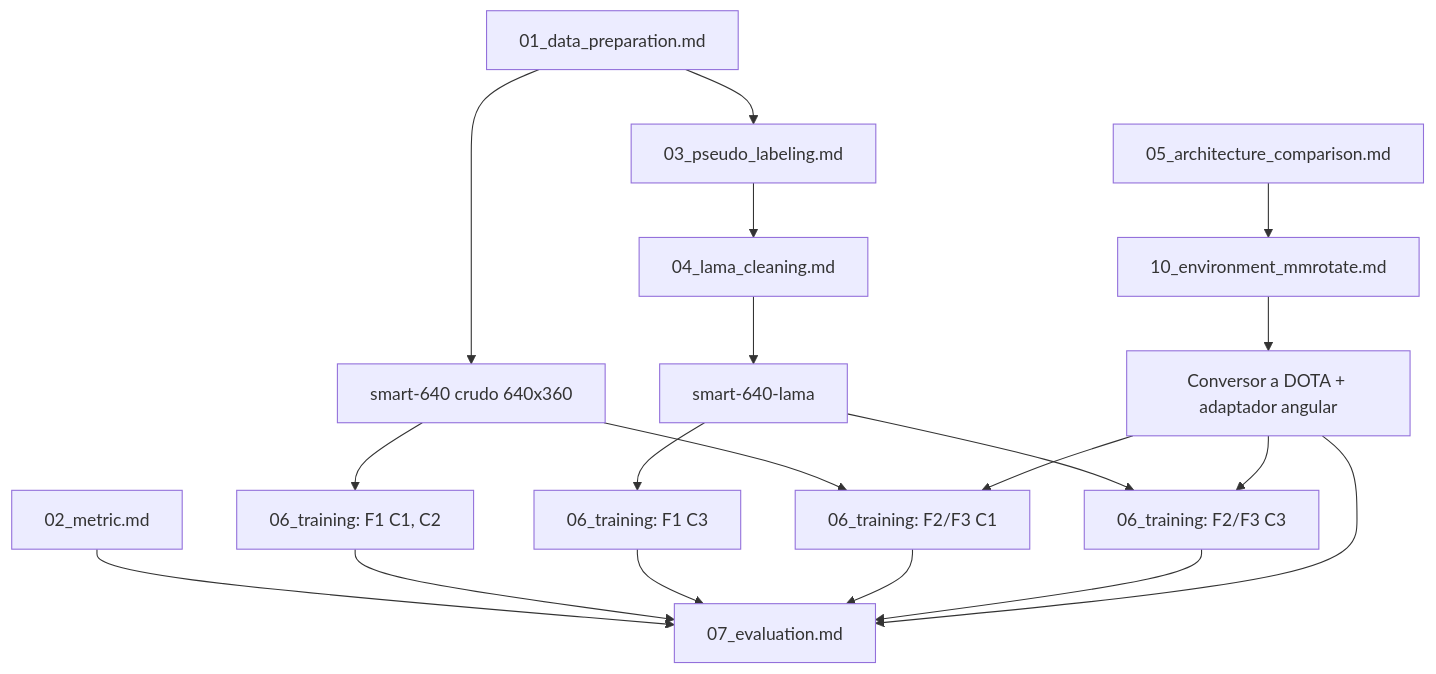
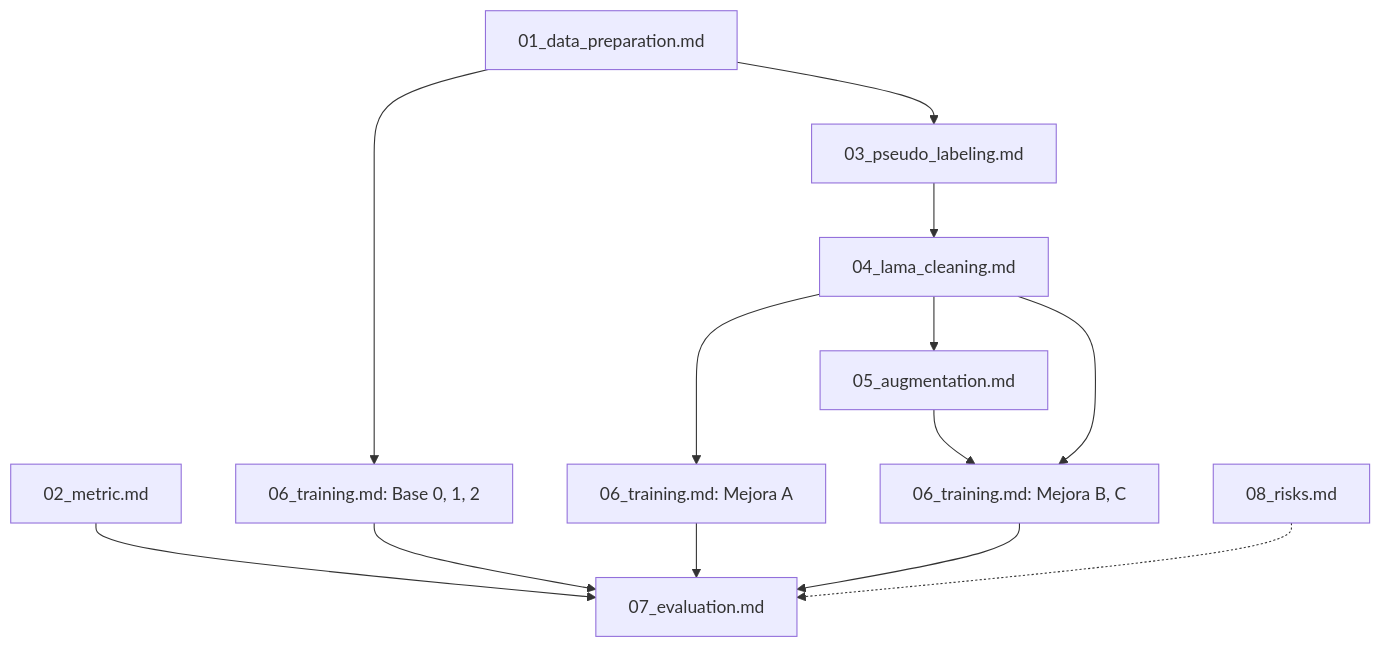
Before and after one commit to unsa-semester-2026-A/ia_article: the first of 2 diagrams in .alvaro/01_procedimiento/plan/00_overview.md, drawn with Mermaid. The commit also changed other lines of this file and 14 other files, not shown here.

````diff
--- a/.alvaro/01_procedimiento/plan/00_overview.md
+++ b/.alvaro/01_procedimiento/plan/00_overview.md
@@ -78,25 +26,19 @@
 ```mermaid
 graph TD
-    A[01_data_preparation.md] --> DS1[smart-640 crudo 640x360]
-    A --> B[03_pseudo_labeling.md]
+    A[01_data_preparation.md] --> B[03_pseudo_labeling.md]
+    A --> F1[06_training.md: Base 0, 1, 2]
     C[02_metric.md] --> H[07_evaluation.md]
 
     B --> D[04_lama_cleaning.md]
-    D --> DS2[smart-640-lama]
+    D --> E[05_augmentation.md]
+    D --> F2[06_training.md: Mejora A]
 
-    E[05_architecture_comparison.md] --> ENV[10_environment_mmrotate.md]
-    ENV --> CONV[Conversor a DOTA + adaptador angular]
+    E --> F3[06_training.md: Mejora B, C]
+    D --> F3
 
-    DS1 --> T1[06_training: F1 C1, C2]
-    DS2 --> T2[06_training: F1 C3]
-    DS1 --> T3[06_training: F2/F3 C1]
-    DS2 --> T4[06_training: F2/F3 C3]
-    CONV --> T3
-    CONV --> T4
+    F1 --> H
+    F2 --> H
+    F3 --> H
 
-    T1 --> H
-    T2 --> H
-    T3 --> H
-    T4 --> H
-    CONV --> H
+    G[08_risks.md] -.-> H
 ```
````
